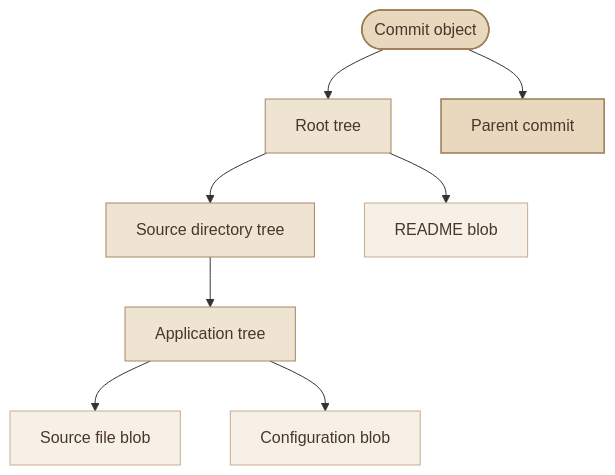
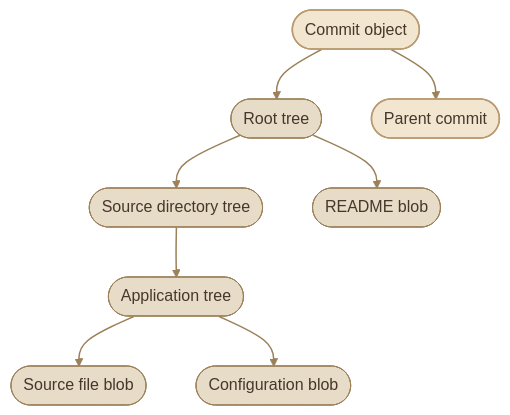
One commit to mustafammasoud/ops-handbook changed the second of 5 diagrams in content/version-control/Git and GitHub/git-internals.mdx. Above: the diagram before and after it, drawn with Mermaid. The commit also changed other lines of this file and 17 other files, not shown here.

````diff
--- a/content/version-control/Git and GitHub/git-internals.mdx
+++ b/content/version-control/Git and GitHub/git-internals.mdx
@@ -290,17 +316,19 @@
 ```mermaid
 flowchart TD
-    A(["Commit object"]) --> B["Root tree"]
-    A --> C["Parent commit"]
-    B --> D["Source directory tree"]
-    B --> E["README blob"]
-    D --> F["Application tree"]
-    F --> G["Source file blob"]
-    F --> H["Configuration blob"]
+    A(["Commit object"]) --> B(["Root tree"])
+    A --> C(["Parent commit"])
+    B --> D(["Source directory tree"])
+    B --> E(["README blob"])
+    D --> F(["Application tree"])
+    F --> G(["Source file blob"])
+    F --> H(["Configuration blob"])
 
-    classDef commit fill:#e8d8bd,stroke:#9d7b53,color:#493729,stroke-width:1.5px
-    classDef tree fill:#efe3d2,stroke:#a88763,color:#493729,stroke-width:1px
-    classDef blob fill:#f7f0e6,stroke:#c5ad91,color:#493729,stroke-width:1px
+    classDef commit fill:#F3E6D0,stroke:#B99A70,color:#46372A,stroke-width:1.5px
+    classDef tree fill:#E7DCC8,stroke:#9B8059,color:#46372A,stroke-width:1px
+    classDef blob fill:#E7DCC8,stroke:#9B8059,color:#46372A,stroke-width:1px
     class A,C commit
     class B,D,F tree
     class E,G,H blob
+
+    linkStyle default stroke:#9B8059,stroke-width:1.5px
 ```
````
